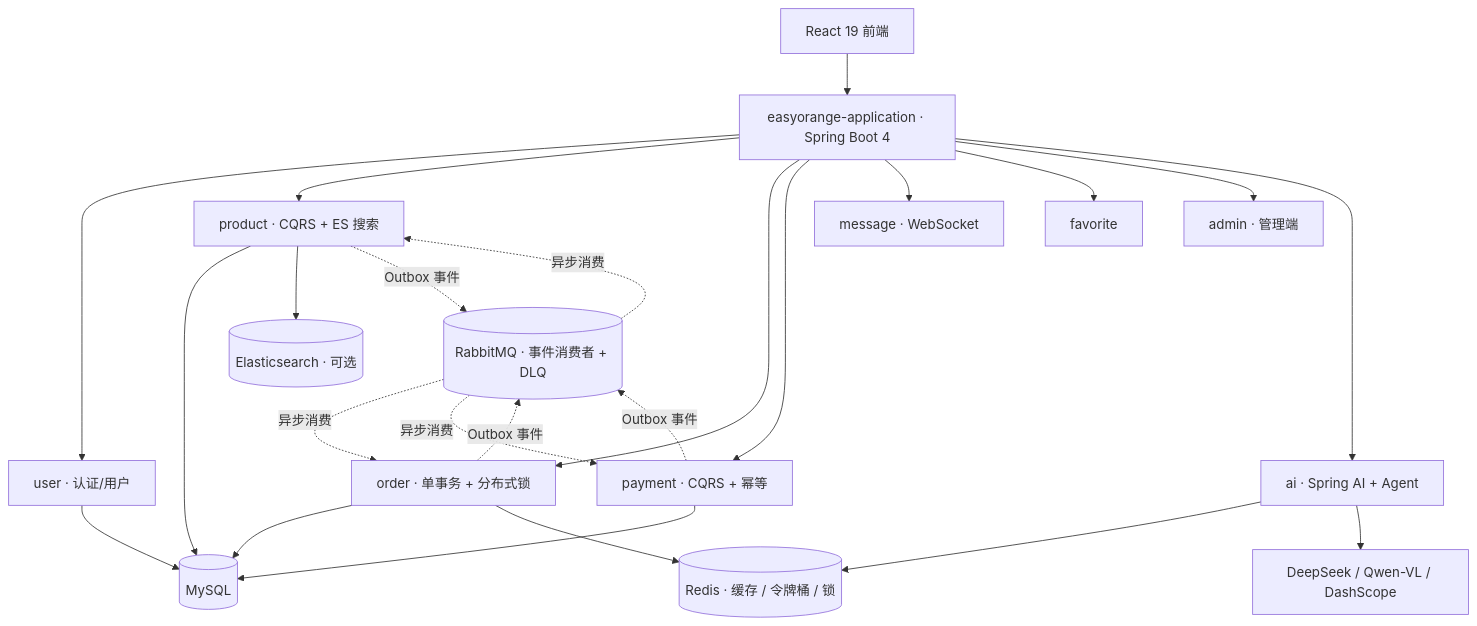
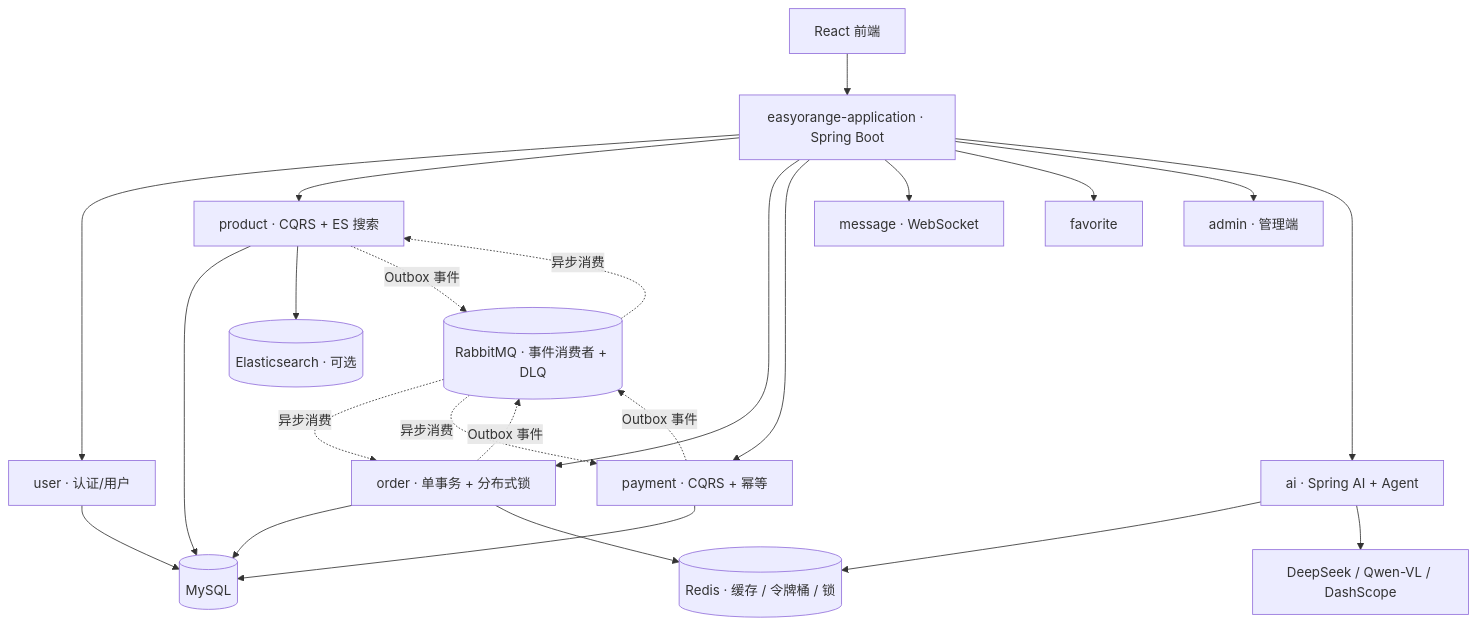
The diagram in README.md (Xytheria-t/EasyOrange), drawn with Mermaid before and after one commit. The commit also changed other lines of this file and 21 other files, not shown here.

````diff
--- a/README.md
+++ b/README.md
@@ -92,44 +92,44 @@
 ```mermaid
 flowchart TB
-    FE["React 19 前端"]
-    APP["easyorange-application · Spring Boot 4"]
+    FE["React 前端"]
+    APP["easyorange-application · Spring Boot"]
     USER["user · 认证/用户"]
     PROD["product · CQRS + ES 搜索"]
     ORD["order · 单事务 + 分布式锁"]
     PAY["payment · CQRS + 幂等"]
     MSG["message · WebSocket"]
     FAV["favorite"]
     ADMIN["admin · 管理端"]
     AI["ai · Spring AI + Agent"]
     MQ[("RabbitMQ · 事件消费者 + DLQ")]
     DB[("MySQL")]
     REDIS[("Redis · 缓存 / 令牌桶 / 锁")]
     ES[("Elasticsearch · 可选")]
     LLM["DeepSeek / Qwen-VL / DashScope"]
 
     FE --> APP
     APP --> USER
     APP --> PROD
     APP --> ORD
     APP --> PAY
     APP --> MSG
     APP --> FAV
     APP --> ADMIN
     APP --> AI
 
     USER --> DB
     PROD --> DB
     ORD --> DB
     PAY --> DB
     PROD --> ES
     ORD --> REDIS
     AI --> REDIS
     AI --> LLM
 
     PROD -. "Outbox 事件" .-> MQ
     ORD -. "Outbox 事件" .-> MQ
     PAY -. "Outbox 事件" .-> MQ
     MQ -. "异步消费" .-> PROD
     MQ -. "异步消费" .-> ORD
     MQ -. "异步消费" .-> PAY
 ```
````
